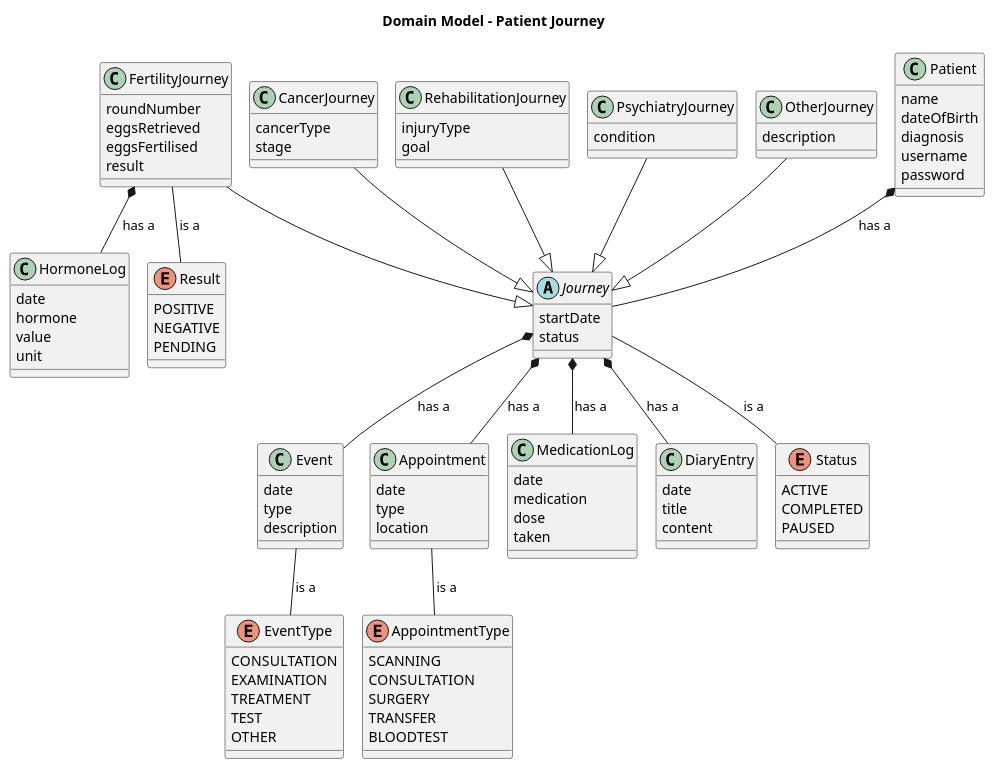
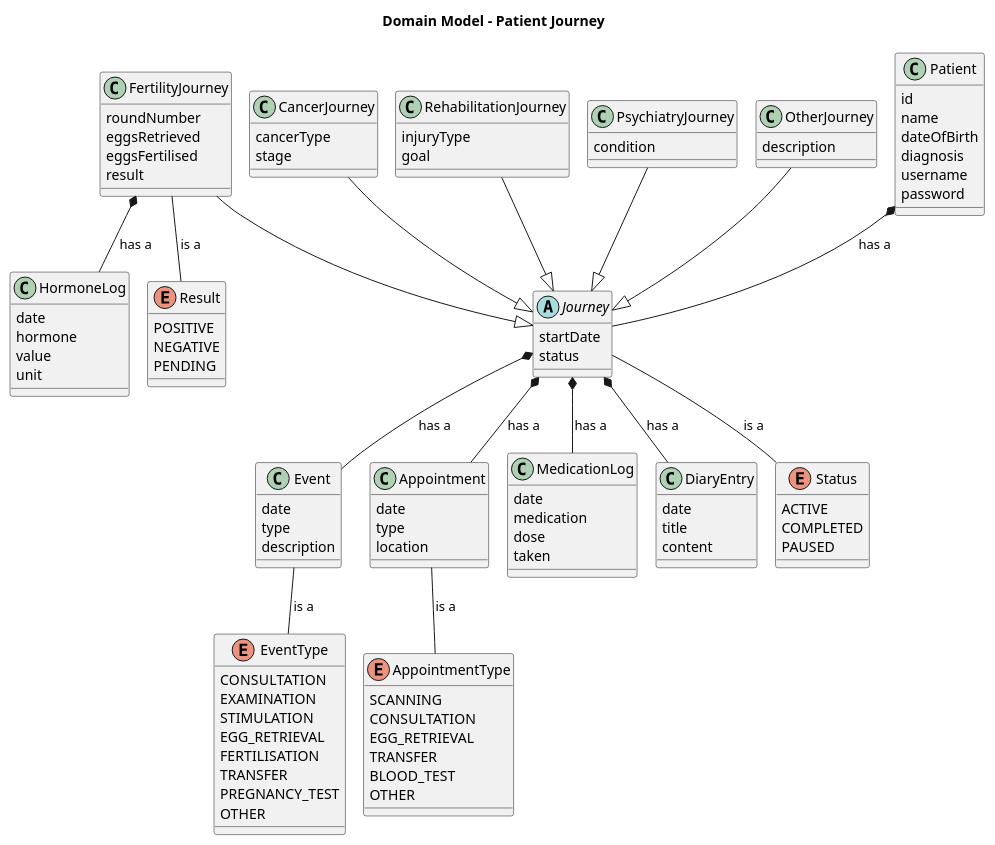
One commit to BesimaP/SP4---MiniSP changed the diagram in doc/static/Domænemodel1.puml. Above: the diagram before and after it, drawn with PlantUML. The commit also changed 8 other files, not shown here.

```diff
--- a/doc/static/Domænemodel1.puml
+++ b/doc/static/Domænemodel1.puml
@@ -1,125 +1,130 @@
 @startuml
 !pragma layout smetana
 
 title Domain Model - Patient Journey
 
 class Event {
   date
   type
   description
 }
 
 class Appointment {
   date
   type
   location
 }
 
 class MedicationLog {
   date
   medication
   dose
   taken
 }
 
 class DiaryEntry {
   date
   title
   content
 }
 
 class HormoneLog {
   date
   hormone
   value
   unit
 }
 
 abstract class Journey {
   startDate
   status
 }
 
 class Patient {
+  id
   name
   dateOfBirth
   diagnosis
   username
   password
 }
 
 class FertilityJourney {
   roundNumber
   eggsRetrieved
   eggsFertilised
   result
 }
 
 class CancerJourney {
   cancerType
   stage
 }
 
 class RehabilitationJourney {
   injuryType
   goal
 }
 
 class PsychiatryJourney {
   condition
 }
 
 class OtherJourney {
   description
 }
 
 enum Status {
   ACTIVE
   COMPLETED
   PAUSED
 }
 
 enum Result {
   POSITIVE
   NEGATIVE
   PENDING
 }
 
 enum EventType {
   CONSULTATION
   EXAMINATION
-  TREATMENT
-  TEST
+  STIMULATION
+  EGG_RETRIEVAL
+  FERTILISATION
+  TRANSFER
+  PREGNANCY_TEST
   OTHER
 }
 
 enum AppointmentType {
   SCANNING
   CONSULTATION
-  SURGERY
+  EGG_RETRIEVAL
   TRANSFER
-  BLOODTEST
+  BLOOD_TEST
+  OTHER
 }
 
 ' Inheritance
 FertilityJourney --|> Journey
 CancerJourney --|> Journey
 RehabilitationJourney --|> Journey
 PsychiatryJourney --|> Journey
 OtherJourney --|> Journey
 
 ' Has a
 Patient *-- Journey : has a
 Journey *-- Event : has a
 Journey *-- Appointment : has a
 Journey *-- MedicationLog : has a
 Journey *-- DiaryEntry : has a
 FertilityJourney *-- HormoneLog : has a
 
 ' Is a
 Journey -- Status : is a
 FertilityJourney -- Result : is a
 Event -- EventType : is a
 Appointment -- AppointmentType : is a
 
 @enduml
```
